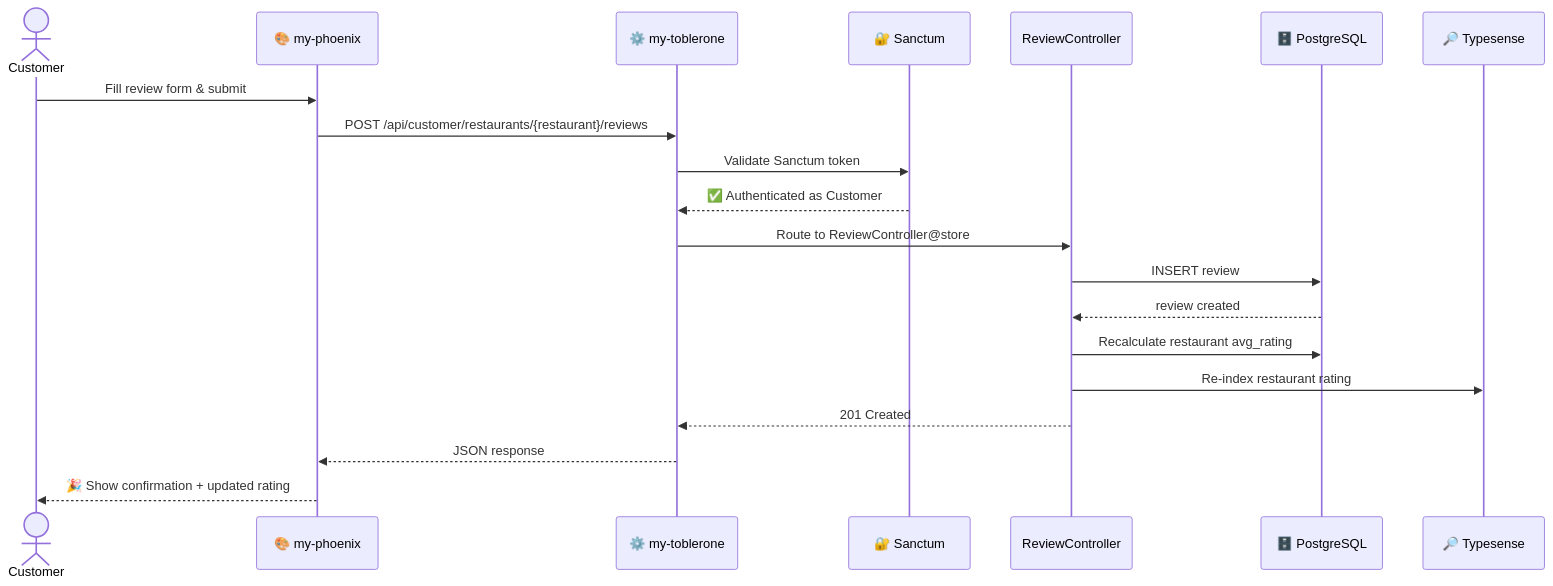
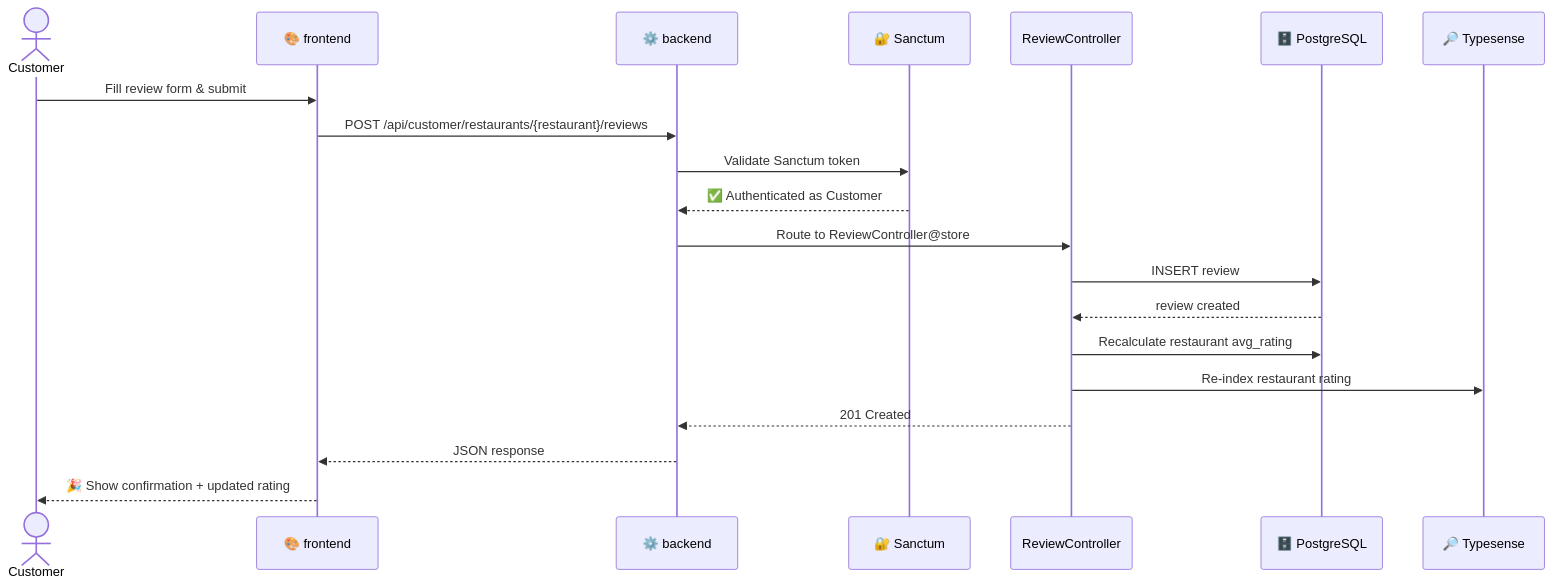
One commit to azfarnayyan-dubizzle/TableSetter changed the second of 4 diagrams in README.md. Above: the diagram before and after it, drawn with Mermaid. The commit also changed other lines of this file and 144 other files, not shown here.

````diff
--- a/README.md
+++ b/README.md
@@ -136,23 +134,23 @@
 ```mermaid
 sequenceDiagram
     actor Customer
-    participant FE as 🎨 my-phoenix
-    participant API as ⚙️ my-toblerone
+    participant FE as 🎨 frontend
+    participant API as ⚙️ backend
     participant Auth as 🔐 Sanctum
     participant Ctrl as ReviewController
     participant DB as 🗄️ PostgreSQL
     participant Search as 🔎 Typesense
 
     Customer->>FE: Fill review form & submit
     FE->>API: POST /api/customer/restaurants/{restaurant}/reviews
     API->>Auth: Validate Sanctum token
     Auth-->>API: ✅ Authenticated as Customer
     API->>Ctrl: Route to ReviewController@store
     Ctrl->>DB: INSERT review
     DB-->>Ctrl: review created
     Ctrl->>DB: Recalculate restaurant avg_rating
     Ctrl->>Search: Re-index restaurant rating
     Ctrl-->>API: 201 Created
     API-->>FE: JSON response
     FE-->>Customer: 🎉 Show confirmation + updated rating
 ```
````
